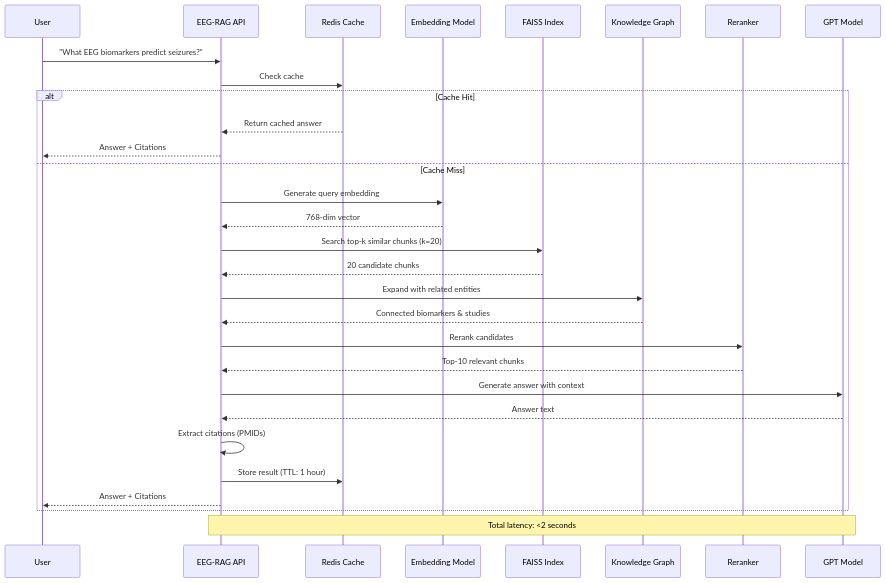
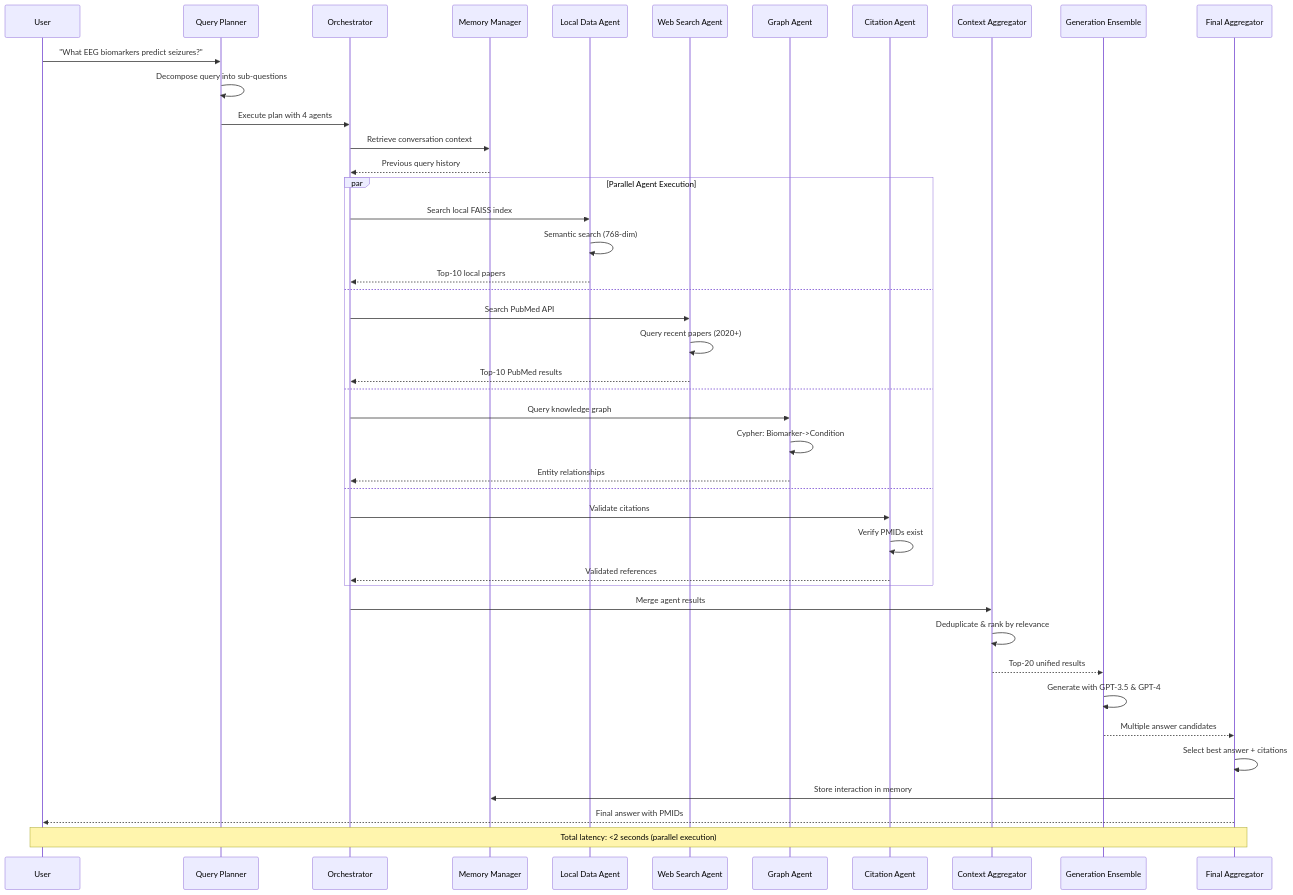
One commit to hkevin01/eeg-rag changed diagram 16 of 25 in README.md. Above: the diagram before and after it, drawn with Mermaid. The commit also changed other lines of this file and 6 other files, not shown here.

Commit message:
Implement Web Search Agent for PubMed API integration with comprehensive features including E-utilities support, rate limiting, result caching, XML parsing, and error handling. Add unit tests covering article creation, search execution, caching behavior, and statistics tracking.

````diff
--- a/README.md
+++ b/README.md
@@ -958,34 +1054,51 @@
 ```mermaid
 sequenceDiagram
     participant U as User
-    participant API as EEG-RAG API
-    participant Cache as Redis Cache
-    participant Emb as Embedding Model
-    participant Vec as FAISS Index
-    participant KG as Knowledge Graph
-    participant Rank as Reranker
-    participant LLM as GPT Model
+    participant P as Query Planner
+    participant O as Orchestrator
+    participant M as Memory Manager
+    participant A1 as Local Data Agent
+    participant A2 as Web Search Agent
+    participant A3 as Graph Agent
+    participant A4 as Citation Agent
+    participant CTX as Context Aggregator
+    participant ENS as Generation Ensemble
+    participant FIN as Final Aggregator
 
-    U->>API: "What EEG biomarkers predict seizures?"
-    API->>Cache: Check cache
-    alt Cache Hit
-        Cache-->>API: Return cached answer
-        API-->>U: Answer + Citations
-    else Cache Miss
-        API->>Emb: Generate query embedding
-        Emb-->>API: 768-dim vector
-        API->>Vec: Search top-k similar chunks (k=20)
-        Vec-->>API: 20 candidate chunks
-        API->>KG: Expand with related entities
-        KG-->>API: Connected biomarkers & studies
-        API->>Rank: Rerank candidates
-        Rank-->>API: Top-10 relevant chunks
-        API->>LLM: Generate answer with context
-        LLM-->>API: Answer text
-        API->>API: Extract citations (PMIDs)
-        API->>Cache: Store result (TTL: 1 hour)
-        API-->>U: Answer + Citations
+    U->>P: "What EEG biomarkers predict seizures?"
+    P->>P: Decompose query into sub-questions
+    P->>O: Execute plan with 4 agents
+    O->>M: Retrieve conversation context
+    M-->>O: Previous query history
+
+    par Parallel Agent Execution
+        O->>A1: Search local FAISS index
+        A1->>A1: Semantic search (768-dim)
+        A1-->>O: Top-10 local papers
+    and
+        O->>A2: Search PubMed API
+        A2->>A2: Query recent papers (2020+)
+        A2-->>O: Top-10 PubMed results
+    and
+        O->>A3: Query knowledge graph
+        A3->>A3: Cypher: Biomarker->Condition
+        A3-->>O: Entity relationships
+    and
+        O->>A4: Validate citations
+        A4->>A4: Verify PMIDs exist
+        A4-->>O: Validated references
     end
 
-    Note over API,LLM: Total latency: <2 seconds
+    O->>CTX: Merge agent results
+    CTX->>CTX: Deduplicate & rank by relevance
+    CTX-->>ENS: Top-20 unified results
+
+    ENS->>ENS: Generate with GPT-3.5 & GPT-4
+    ENS-->>FIN: Multiple answer candidates
+
+    FIN->>FIN: Select best answer + citations
+    FIN->>M: Store interaction in memory
+    FIN-->>U: Final answer with PMIDs
+
+    Note over U,FIN: Total latency: <2 seconds (parallel execution)
 ```
````
